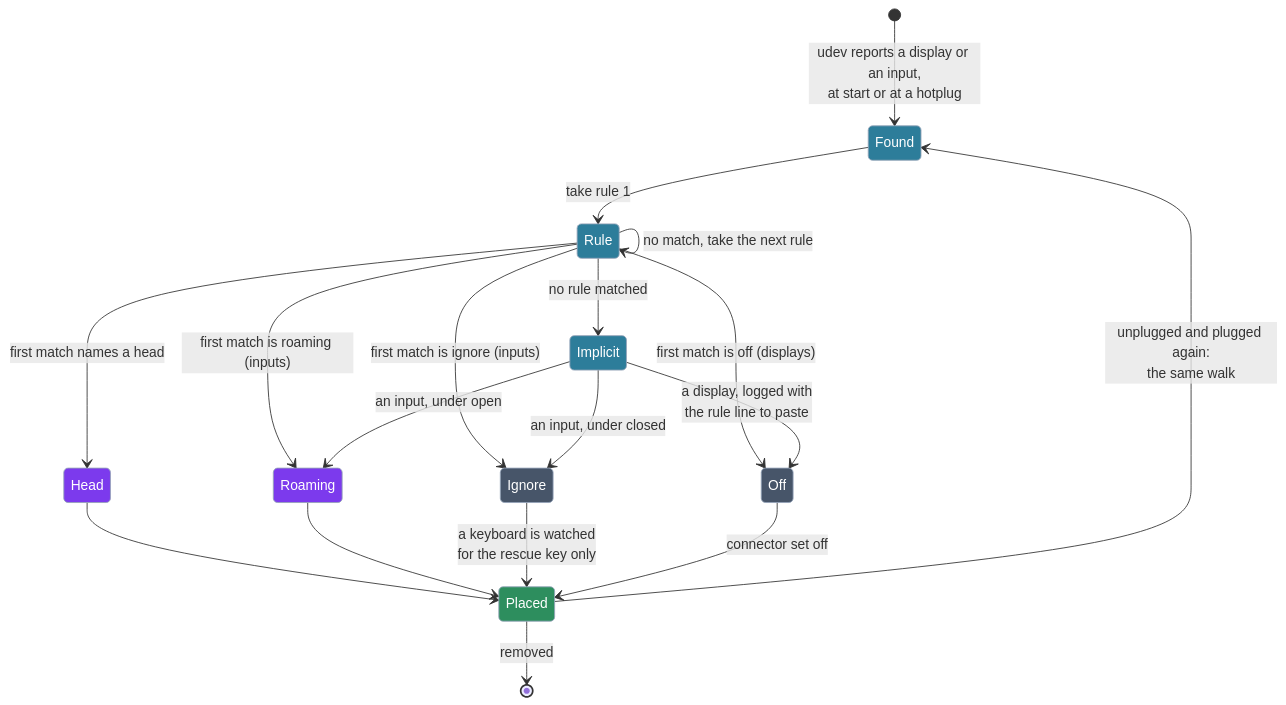
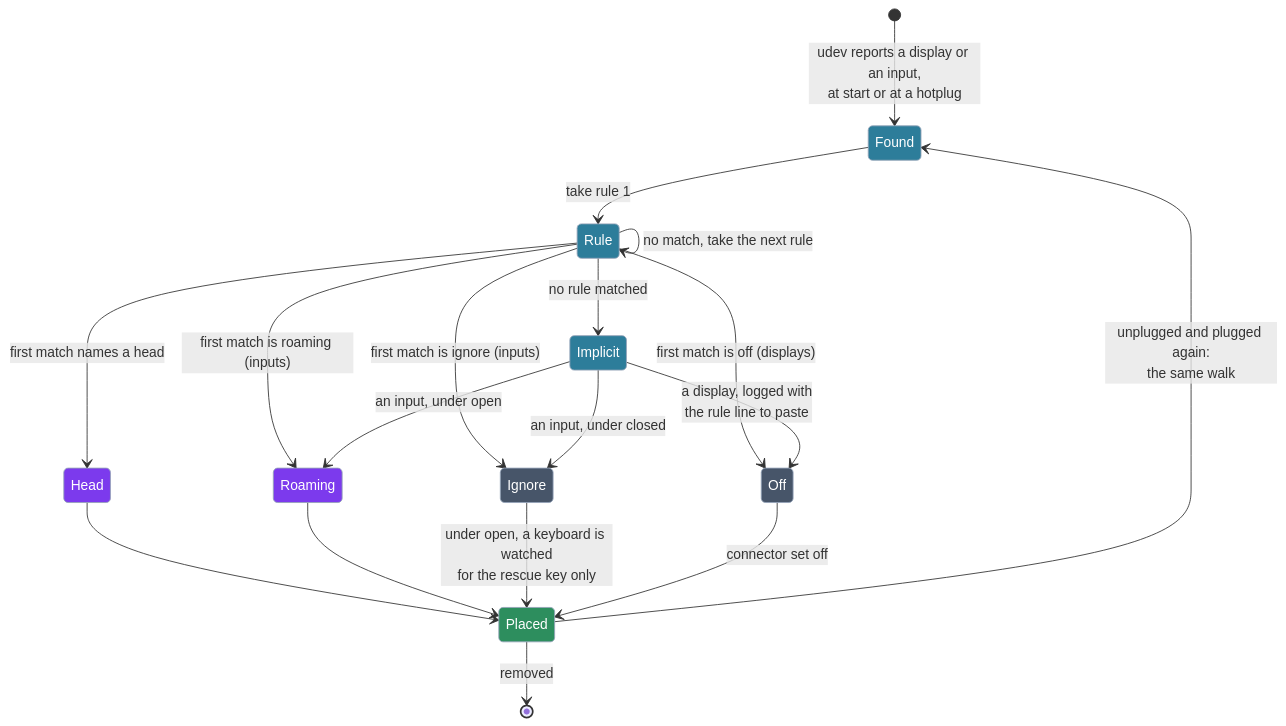
Before and after one commit to vtium/vtium: the second of 5 diagrams in docs/architecture/platform/ADR-1401-heads-a-terminal-per-physical-display-placed-by-a-first-match-ruleset.md, drawn with Mermaid. The commit also changed other lines of this file, not shown here.

````diff
--- a/docs/architecture/platform/ADR-1401-heads-a-terminal-per-physical-display-placed-by-a-first-match-ruleset.md
+++ b/docs/architecture/platform/ADR-1401-heads-a-terminal-per-physical-display-placed-by-a-first-match-ruleset.md
@@ -426,28 +436,28 @@
 ```mermaid
 stateDiagram-v2
     [*] --> Found: udev reports a display or an input,<br>at start or at a hotplug
     Found --> Rule: take rule 1
     Rule --> Rule: no match, take the next rule
     Rule --> Head: first match names a head
     Rule --> Roaming: first match is roaming (inputs)
     Rule --> Ignore: first match is ignore (inputs)
     Rule --> Off: first match is off (displays)
     Rule --> Implicit: no rule matched
     Implicit --> Off: a display, logged with<br>the rule line to paste
     Implicit --> Roaming: an input, under open
     Implicit --> Ignore: an input, under closed
     Head --> Placed
     Roaming --> Placed
-    Ignore --> Placed: a keyboard is watched<br>for the rescue key only
+    Ignore --> Placed: under open, a keyboard is watched<br>for the rescue key only
     Off --> Placed: connector set off
     Placed --> [*]: removed
     Placed --> Found: unplugged and plugged again:<br>the same walk
     classDef step fill:#2d7d9a,color:#ffffff,stroke:#94a3b8
     classDef core fill:#7c3aed,color:#ffffff,stroke:#94a3b8
     classDef inert fill:#475569,color:#ffffff,stroke:#94a3b8
     classDef done fill:#2d8e5e,color:#ffffff,stroke:#94a3b8
     class Found,Rule,Implicit step
     class Head,Roaming core
     class Ignore,Off inert
     class Placed done
 ```
````
